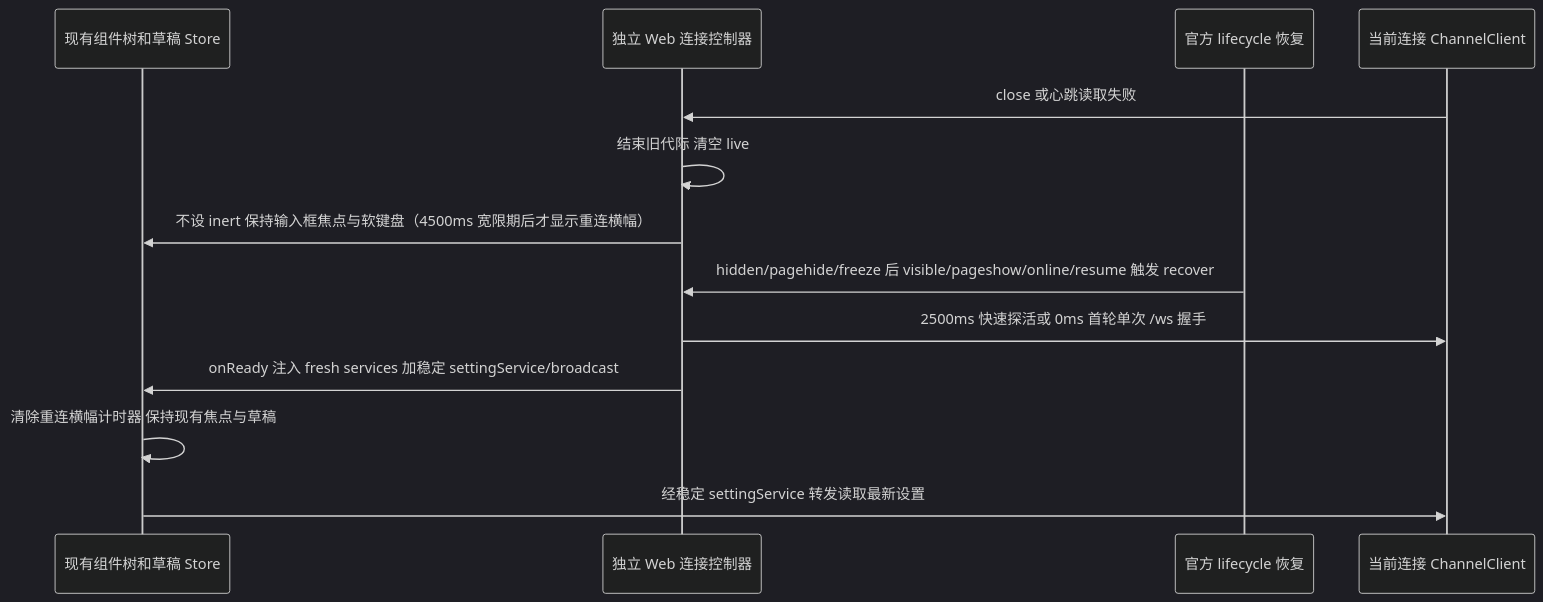
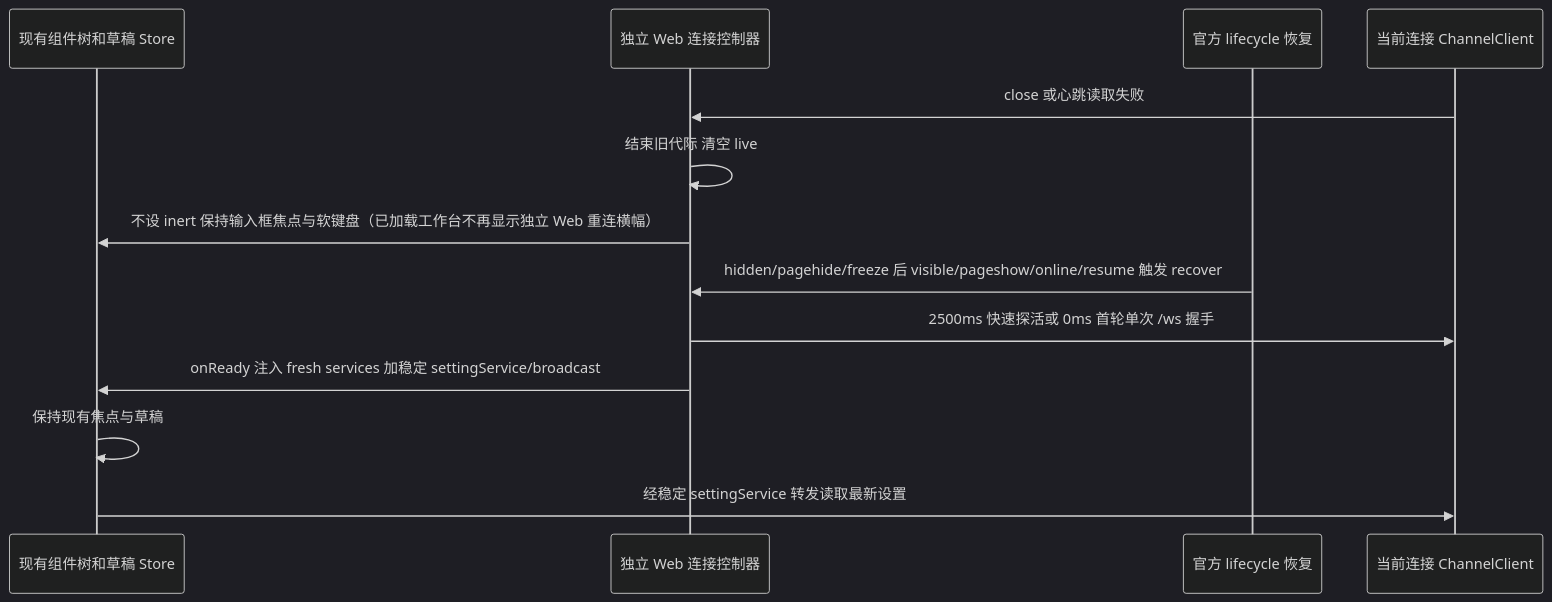
The diagram in docs/standalone-web-reconnect-continuity.md (uselessbug/ZCode), drawn with Mermaid (dark theme) before and after one commit. The commit also changed other lines of this file and 7 other files, not shown here.

````diff
--- a/docs/standalone-web-reconnect-continuity.md
+++ b/docs/standalone-web-reconnect-continuity.md
@@ -15,15 +15,15 @@
 ```mermaid
 sequenceDiagram
     participant UI as 现有组件树和草稿 Store
     participant Owner as 独立 Web 连接控制器
     participant Life as 官方 lifecycle 恢复
     participant RPC as 当前连接 ChannelClient
     RPC->>Owner: close 或心跳读取失败
     Owner->>Owner: 结束旧代际 清空 live
-    Owner->>UI: 不设 inert 保持输入框焦点与软键盘（4500ms 宽限期后才显示重连横幅）
+    Owner->>UI: 不设 inert 保持输入框焦点与软键盘（已加载工作台不再显示独立 Web 重连横幅）
     Life->>Owner: hidden/pagehide/freeze 后 visible/pageshow/online/resume 触发 recover
     Owner->>RPC: 2500ms 快速探活或 0ms 首轮单次 /ws 握手
     Owner->>UI: onReady 注入 fresh services 加稳定 settingService/broadcast
-    UI->>UI: 清除重连横幅计时器 保持现有焦点与草稿
+    UI->>UI: 保持现有焦点与草稿
     UI->>RPC: 经稳定 settingService 转发读取最新设置
 ```
````
